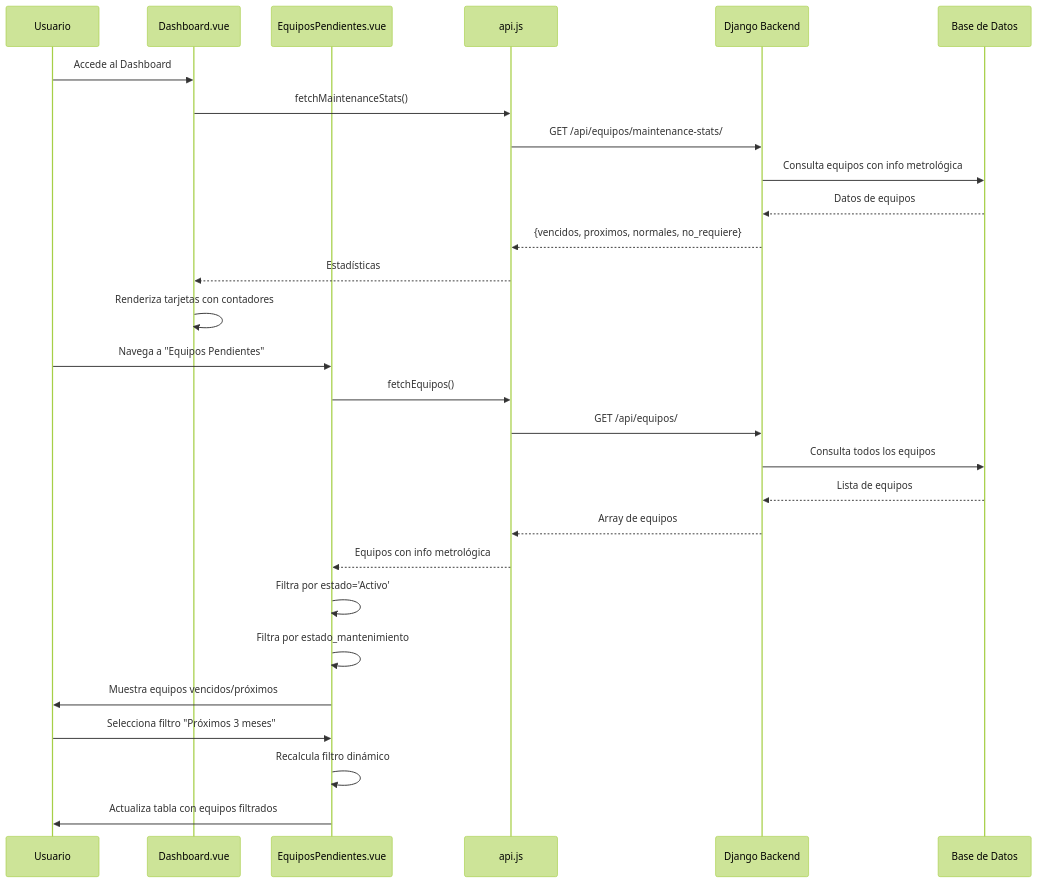
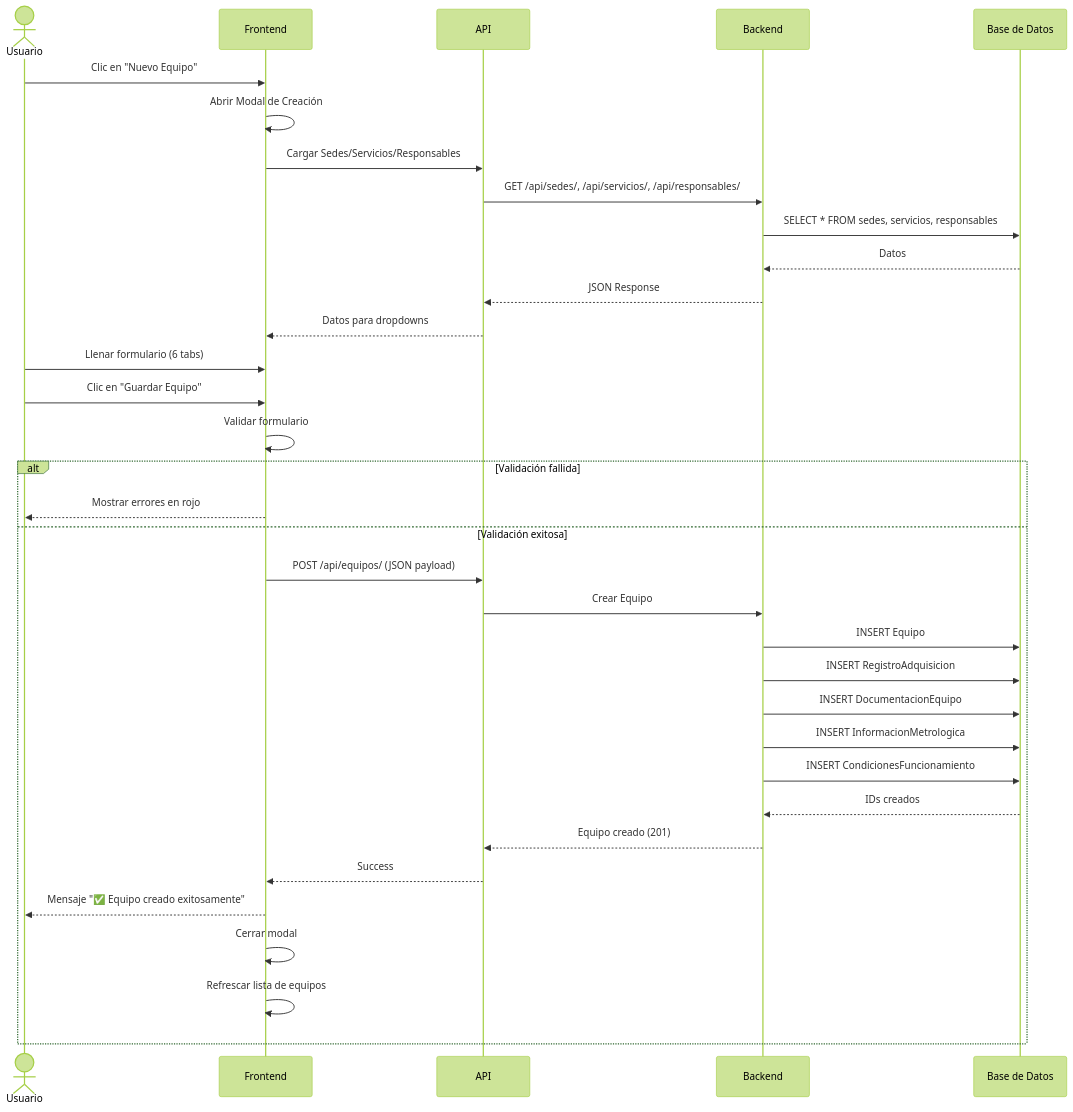
The fourth of 5 diagrams in DIAGRAMA_UML.md (2jcortesj2/Proyecto-LIME), drawn with Mermaid (forest theme) before and after one commit. The commit also changed other lines of this file and 2 other files, not shown here.

Commit message:
docs: Enhance frontend documentation with new components and API services, add detailed UML diagrams, and describe backend database models.

````diff
--- a/DIAGRAMA_UML.md
+++ b/DIAGRAMA_UML.md
@@ -220,33 +266,39 @@
 ```mermaid
 sequenceDiagram
-    participant User as Usuario
-    participant Dashboard as Dashboard.vue
-    participant EquiposPend as EquiposPendientes.vue
-    participant API as api.js
-    participant Backend as Django Backend
+    actor Usuario
+    participant Frontend
+    participant API
+    participant Backend
     participant DB as Base de Datos
-
-    User->>Dashboard: Accede al Dashboard
-    Dashboard->>API: fetchMaintenanceStats()
-    API->>Backend: GET /api/equipos/maintenance-stats/
-    Backend->>DB: Consulta equipos con info metrológica
-    DB-->>Backend: Datos de equipos
-    Backend-->>API: {vencidos, proximos, normales, no_requiere}
-    API-->>Dashboard: Estadísticas
-    Dashboard->>Dashboard: Renderiza tarjetas con contadores
     
-    User->>EquiposPend: Navega a "Equipos Pendientes"
-    EquiposPend->>API: fetchEquipos()
-    API->>Backend: GET /api/equipos/
-    Backend->>DB: Consulta todos los equipos
-    DB-->>Backend: Lista de equipos
-    Backend-->>API: Array de equipos
-    API-->>EquiposPend: Equipos con info metrológica
-    EquiposPend->>EquiposPend: Filtra por estado='Activo'
-    EquiposPend->>EquiposPend: Filtra por estado_mantenimiento
-    EquiposPend->>User: Muestra equipos vencidos/próximos
+    Usuario->>Frontend: Clic en "Nuevo Equipo"
+    Frontend->>Frontend: Abrir Modal de Creación
+    Frontend->>API: Cargar Sedes/Servicios/Responsables
+    API->>Backend: GET /api/sedes/, /api/servicios/, /api/responsables/
+    Backend->>DB: SELECT * FROM sedes, servicios, responsables
+    DB-->>Backend: Datos
+    Backend-->>API: JSON Response
+    API-->>Frontend: Datos para dropdowns
     
-    User->>EquiposPend: Selecciona filtro "Próximos 3 meses"
-    EquiposPend->>EquiposPend: Recalcula filtro dinámico
-    EquiposPend->>User: Actualiza tabla con equipos filtrados
+    Usuario->>Frontend: Llenar formulario (6 tabs)
+    Usuario->>Frontend: Clic en "Guardar Equipo"
+    
+    Frontend->>Frontend: Validar formulario
+    alt Validación fallida
+        Frontend-->>Usuario: Mostrar errores en rojo
+    else Validación exitosa
+        Frontend->>API: POST /api/equipos/ (JSON payload)
+        API->>Backend: Crear Equipo
+        Backend->>DB: INSERT Equipo
+        Backend->>DB: INSERT RegistroAdquisicion
+        Backend->>DB: INSERT DocumentacionEquipo
+        Backend->>DB: INSERT InformacionMetrologica
+        Backend->>DB: INSERT CondicionesFuncionamiento
+        DB-->>Backend: IDs creados
+        Backend-->>API: Equipo creado (201)
+        API-->>Frontend: Success
+        Frontend-->>Usuario: Mensaje "✅ Equipo creado exitosamente"
+        Frontend->>Frontend: Cerrar modal
+        Frontend->>Frontend: Refrescar lista de equipos
+    end
 ```
````
